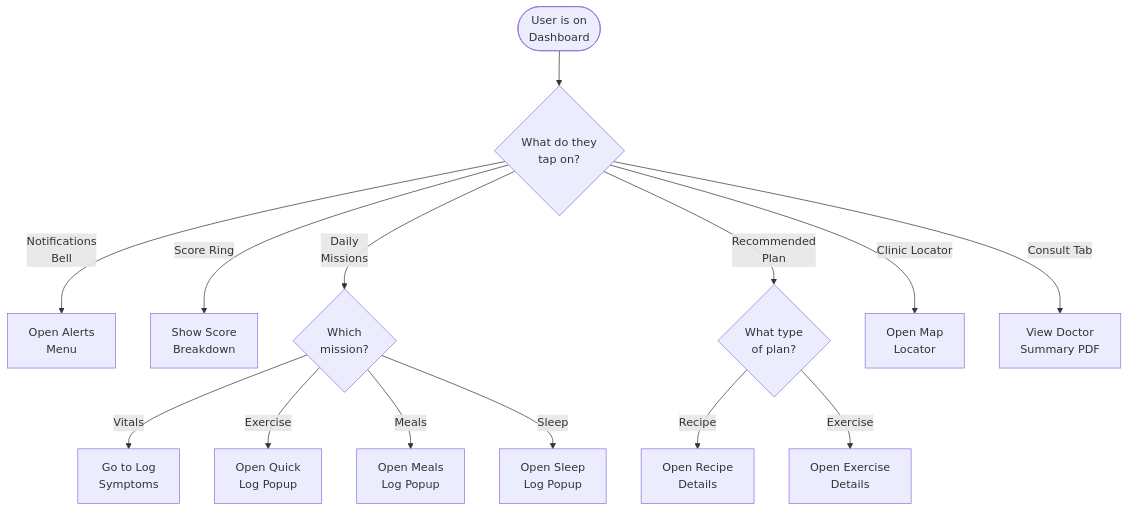
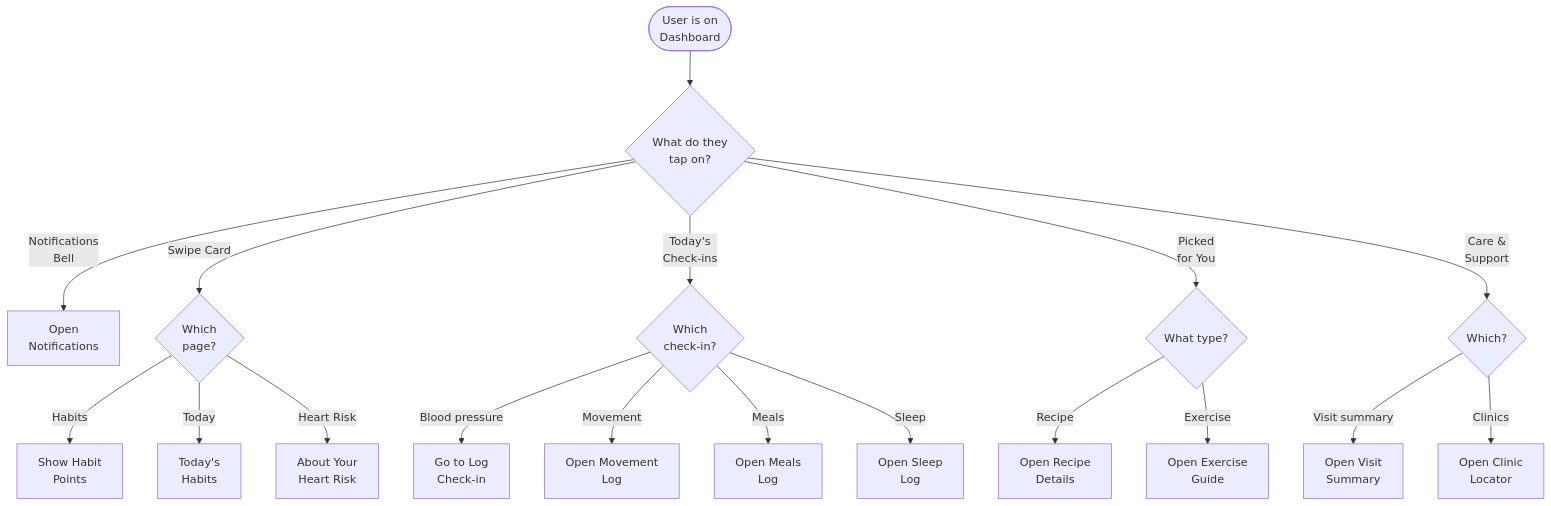
One commit to Quixotic-MJ/HEARTLINK_APP changed the seventh of 18 diagrams in documentation/USER_FLOWS.md. Above: the diagram before and after it, drawn with Mermaid. The commit also changed other lines of this file and 31 other files, not shown here.

````diff
--- a/documentation/USER_FLOWS.md
+++ b/documentation/USER_FLOWS.md
@@ -195,22 +214,25 @@
 ```mermaid
 flowchart TD
     A(["User is on<br/>Dashboard"]) --> B{"What do they<br/>tap on?"}
-    
-    B -- Notifications<br/>Bell --> C["Open Alerts<br/>Menu"]
-    
-    B -- Score Ring --> D["Show Score<br/>Breakdown"]
-    
-    B -- Daily<br/>Missions --> E{"Which<br/>mission?"}
-    E -- Vitals --> E1["Go to Log<br/>Symptoms"]
-    E -- Exercise --> E2["Open Quick<br/>Log Popup"]
-    E -- Meals --> E3["Open Meals<br/>Log Popup"]
-    E -- Sleep --> E4["Open Sleep<br/>Log Popup"]
-    
-    B -- Recommended<br/>Plan --> F{"What type<br/>of plan?"}
+
+    B -- Notifications<br/>Bell --> C["Open<br/>Notifications"]
+
+    B -- Swipe Card --> D{"Which<br/>page?"}
+    D -- Habits --> D1["Show Habit<br/>Points"]
+    D -- Today --> D2["Today's<br/>Habits"]
+    D -- Heart Risk --> D3["About Your<br/>Heart Risk"]
+
+    B -- Today's<br/>Check-ins --> E{"Which<br/>check-in?"}
+    E -- Blood pressure --> E1["Go to Log<br/>Check-in"]
+    E -- Movement --> E2["Open Movement<br/>Log"]
+    E -- Meals --> E3["Open Meals<br/>Log"]
+    E -- Sleep --> E4["Open Sleep<br/>Log"]
+
+    B -- Picked<br/>for You --> F{"What type?"}
     F -- Recipe --> F1["Open Recipe<br/>Details"]
-    F -- Exercise --> F2["Open Exercise<br/>Details"]
-    
-    B -- Clinic Locator --> G["Open Map<br/>Locator"]
-    
-    B -- Consult Tab --> H["View Doctor<br/>Summary PDF"]
+    F -- Exercise --> F2["Open Exercise<br/>Guide"]
+
+    B -- Care &<br/>Support --> G{"Which?"}
+    G -- Visit summary --> G1["Open Visit<br/>Summary"]
+    G -- Clinics --> G2["Open Clinic<br/>Locator"]
 ```
````
